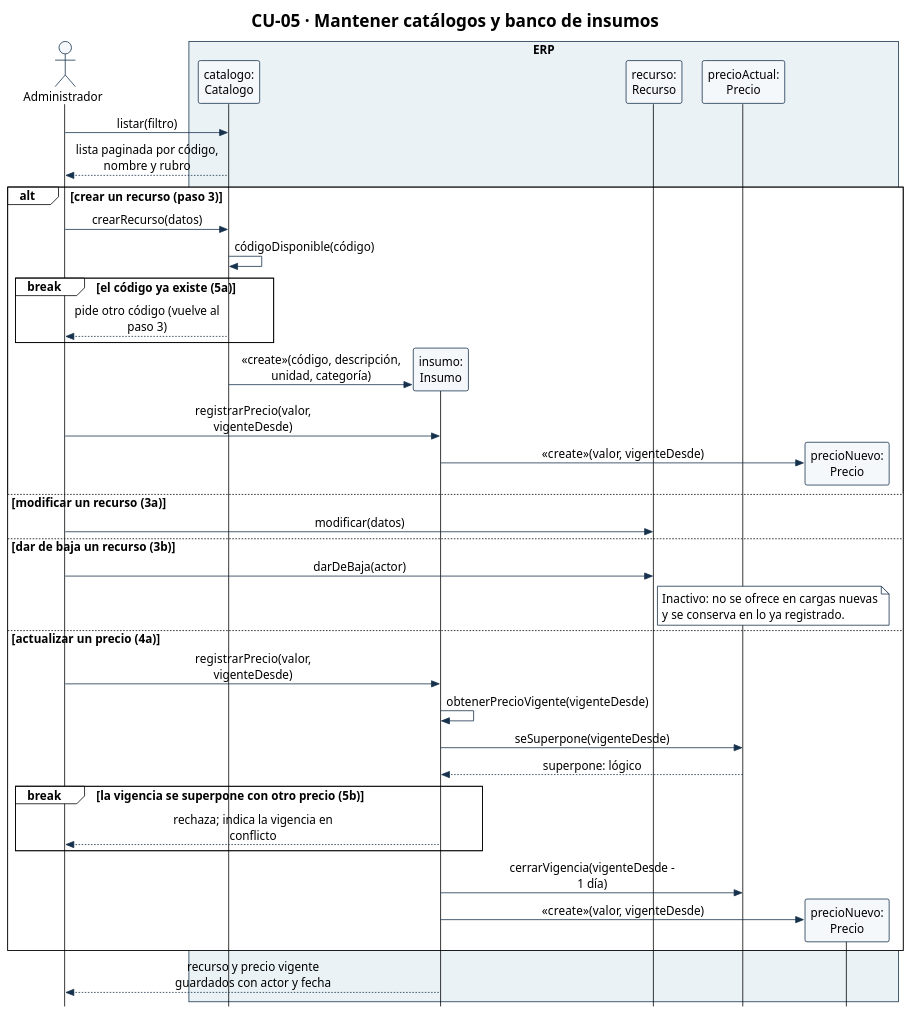
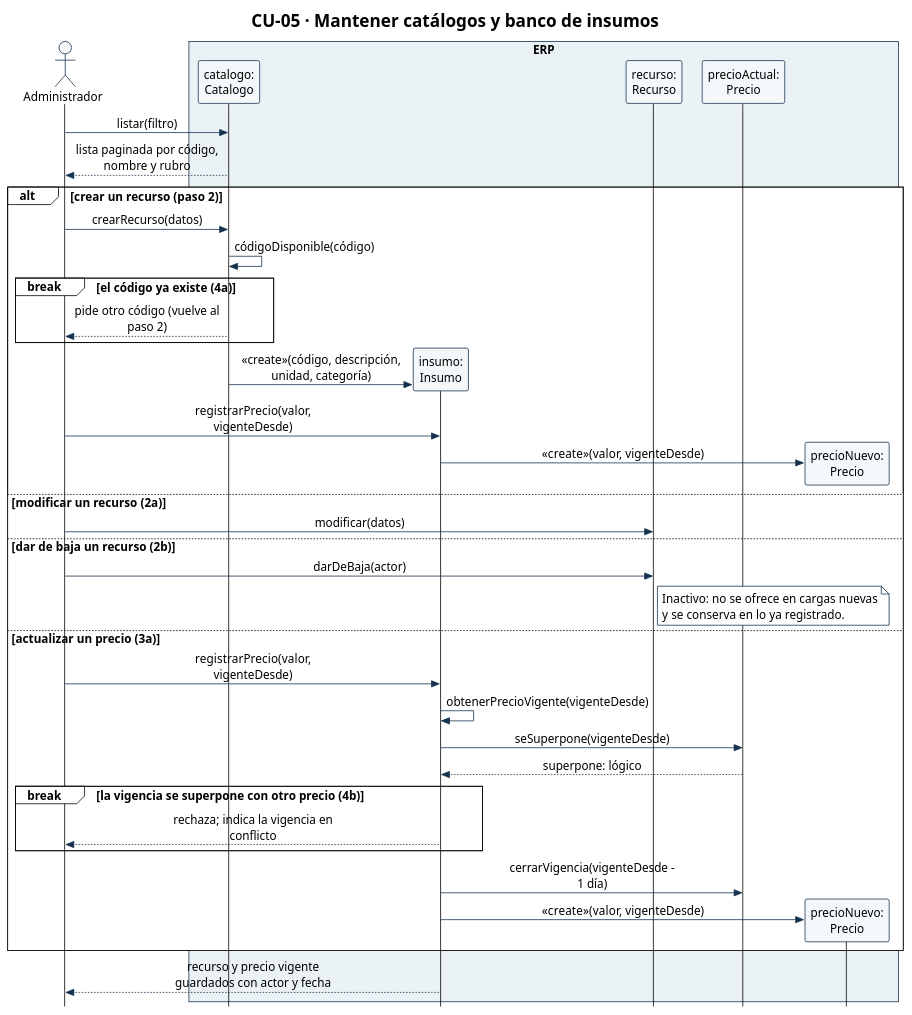
Before and after one commit to Ssrrb/tpf-uca: the diagram in diagramas/CU-05-secuencia.puml, drawn with PlantUML. The commit also changed 12 other files, not shown here.

```diff
--- a/diagramas/CU-05-secuencia.puml
+++ b/diagramas/CU-05-secuencia.puml
@@ -1,67 +1,67 @@
 @startuml
 !theme plain
 skinparam style strictuml
 skinparam shadowing false
 skinparam defaultFontName Arial
 skinparam defaultFontSize 15
 skinparam sequenceMessageAlign center
 skinparam maxMessageSize 220
 skinparam ParticipantPadding 8
 skinparam BoxPadding 6
 skinparam ParticipantBackgroundColor #F5F8FA
 skinparam ParticipantBorderColor #17324D
 skinparam ActorBorderColor #17324D
 skinparam ActorBackgroundColor #F5F8FA
 skinparam ArrowColor #17324D
 skinparam SequenceBoxBorderColor #17324D
 skinparam note {
   BackgroundColor #FFFFFF
   BorderColor #17324D
 }
 hide footbox
 title CU-05 · Mantener catálogos y banco de insumos
 actor "Administrador" as Admin
 box "ERP" #EAF2F6
 participant "catalogo:\nCatalogo" as Cat
 participant "insumo:\nInsumo" as Ins
 participant "recurso:\nRecurso" as Rec
 participant "precioActual:\nPrecio" as PAct
 participant "precioNuevo:\nPrecio" as PNue
 end box
 
 Admin -> Cat: listar(filtro)
 Cat --> Admin: lista paginada por código, nombre y rubro
 
-alt crear un recurso (paso 3)
+alt crear un recurso (paso 2)
   Admin -> Cat: crearRecurso(datos)
   Cat -> Cat: códigoDisponible(código)
-  break el código ya existe (5a)
-    Cat --> Admin: pide otro código (vuelve al paso 3)
+  break el código ya existe (4a)
+    Cat --> Admin: pide otro código (vuelve al paso 2)
   end
   create Ins
   Cat -> Ins: «create»(código, descripción, unidad, categoría)
   Admin -> Ins: registrarPrecio(valor, vigenteDesde)
   create PNue
   Ins -> PNue: «create»(valor, vigenteDesde)
-else modificar un recurso (3a)
+else modificar un recurso (2a)
   Admin -> Rec: modificar(datos)
-else dar de baja un recurso (3b)
+else dar de baja un recurso (2b)
   Admin -> Rec: darDeBaja(actor)
   note right of Rec
     Inactivo: no se ofrece en cargas nuevas
     y se conserva en lo ya registrado.
   end note
-else actualizar un precio (4a)
+else actualizar un precio (3a)
   Admin -> Ins: registrarPrecio(valor, vigenteDesde)
   Ins -> Ins: obtenerPrecioVigente(vigenteDesde)
   Ins -> PAct: seSuperpone(vigenteDesde)
   PAct --> Ins: superpone: lógico
-  break la vigencia se superpone con otro precio (5b)
+  break la vigencia se superpone con otro precio (4b)
     Ins --> Admin: rechaza; indica la vigencia en conflicto
   end
   Ins -> PAct: cerrarVigencia(vigenteDesde - 1 día)
   create PNue
   Ins -> PNue: «create»(valor, vigenteDesde)
 end
 Ins --> Admin: recurso y precio vigente guardados con actor y fecha
 @enduml
```
